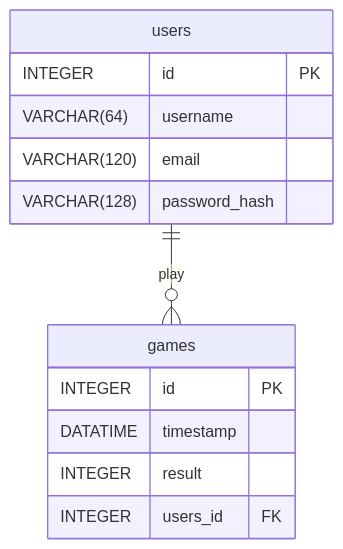
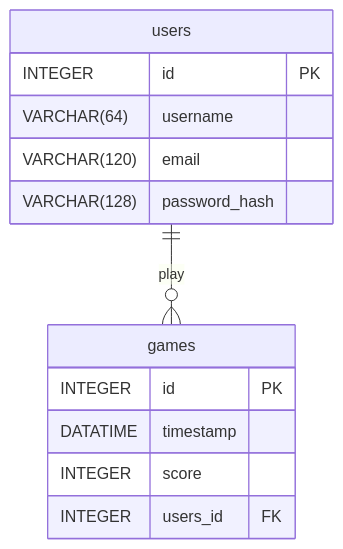
The diagram in ER_diagram.md (Ishi01/CITS5505Group41Project), drawn with Mermaid before and after one commit. The commit also changed 1 other file, not shown here.

Commit message:
add score attribute

````diff
--- a/ER_diagram.md
+++ b/ER_diagram.md
@@ -2,19 +2,19 @@
 ```mermaid
 erDiagram
     users ||--o{ games : play
     users {
         INTEGER id PK
         VARCHAR(64) username
         VARCHAR(120) email
         VARCHAR(128) password_hash
         %% relation attribute games define in User class %%
         %% i am a comments %%
     }
     games {
         INTEGER id PK
         DATATIME timestamp
-        INTEGER result
+        INTEGER score
         INTEGER users_id FK
         %%  relation attribute: player %%
     }
 ```
````
